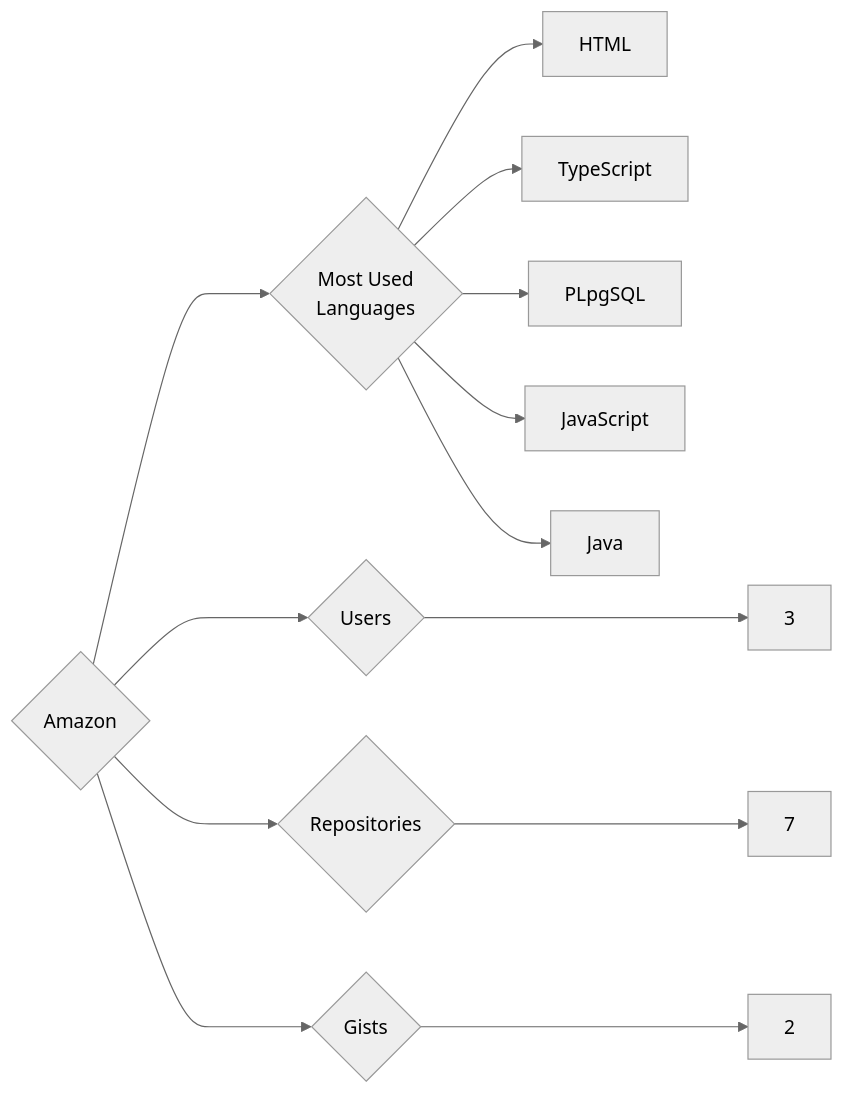
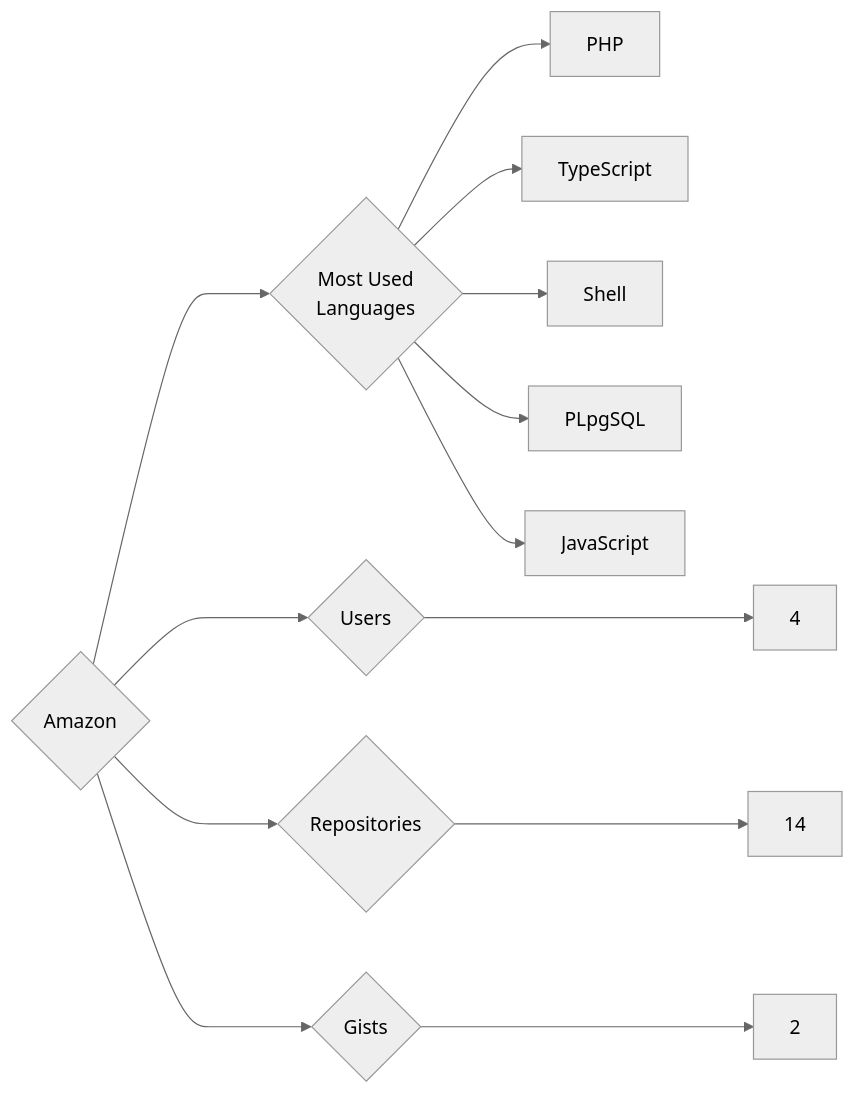
Before and after one commit to trickest/insiders: the diagram in targets/Amazon/README.md, drawn with Mermaid (neutral theme). The commit also changed 1023 other files, not shown here.

````diff
--- a/targets/Amazon/README.md
+++ b/targets/Amazon/README.md
@@ -3,13 +3,13 @@
 ```mermaid
 graph LR
 COMPANY_NAME{Amazon}
-COMPANY_NAME ---> U{Users} ---> UN[3]
-COMPANY_NAME ---> R{Repositories} ---> RN[7]
+COMPANY_NAME ---> U{Users} ---> UN[4]
+COMPANY_NAME ---> R{Repositories} ---> RN[14]
 COMPANY_NAME ---> G{Gists} ---> GN[2]
 COMPANY_NAME ---> ML{Most Used<br>Languages}
-ML --> HTML[HTML]
+ML --> PHP[PHP]
 ML --> TypeScript[TypeScript]
+ML --> Shell[Shell]
 ML --> PLpgSQL[PLpgSQL]
 ML --> JavaScript[JavaScript]
-ML --> Java[Java]
 ```
````
